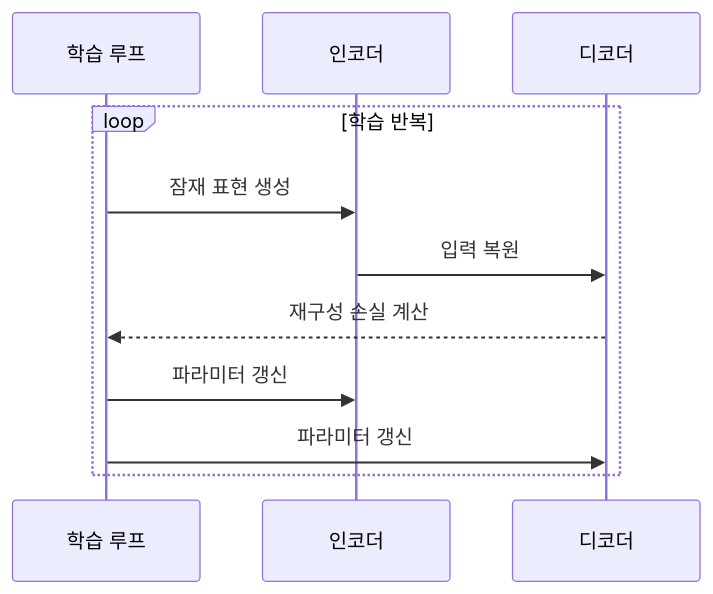
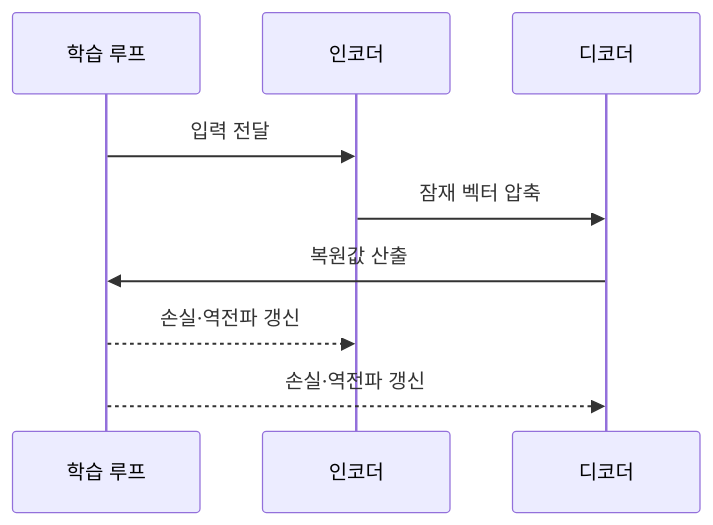
Before and after one commit to agnusdei1207/knowledge-base: the second of 2 diagrams in src/content/docs/notes/01-basic-theory/045_autoencoder.md, drawn with Mermaid. The commit also changed other lines of this file, not shown here.

Commit message:
@ fix: 045 autoencoder Ⅳ절 시퀀스 다이어그램 정합성
잘못된 화살표(인코더에게 잠재 표현 생성을 지시, 디코더가 입력을 복원으로 표기)와
가짜 참여자(Z, L) 분리, 보조 단계 별도 메시지 분리로 핵심 전이가 흐려지던 점을 정본
(section-guides Ⅳ절) 흐름으로 다시 잡음.

- 참여자를 학습 루프·인코더·디코더로 단순화하고 메시지 4개로 압축
- 메시지명을 절차 표 100% 일치
- 손실 산출·기울기 전달을 "손실·역전파 갱신" 한 메시지에 통합

@

````diff
--- a/src/content/docs/notes/01-basic-theory/045_autoencoder.md
+++ b/src/content/docs/notes/01-basic-theory/045_autoencoder.md
@@ -81,13 +81,11 @@
 ```mermaid
 sequenceDiagram
-    participant T as 학습 루프
+    participant L as 학습 루프
     participant E as 인코더
     participant D as 디코더
-    loop 학습 반복
-        T->>E: 잠재 표현 생성
-        E->>D: 입력 복원
-        D-->>T: 재구성 손실 계산
-        T->>E: 파라미터 갱신
-        T->>D: 파라미터 갱신
-    end
+    L->>E: 입력 전달
+    E->>D: 잠재 벡터 압축
+    D->>L: 복원값 산출
+    L-->>E: 손실·역전파 갱신
+    L-->>D: 손실·역전파 갱신
 ```
````
